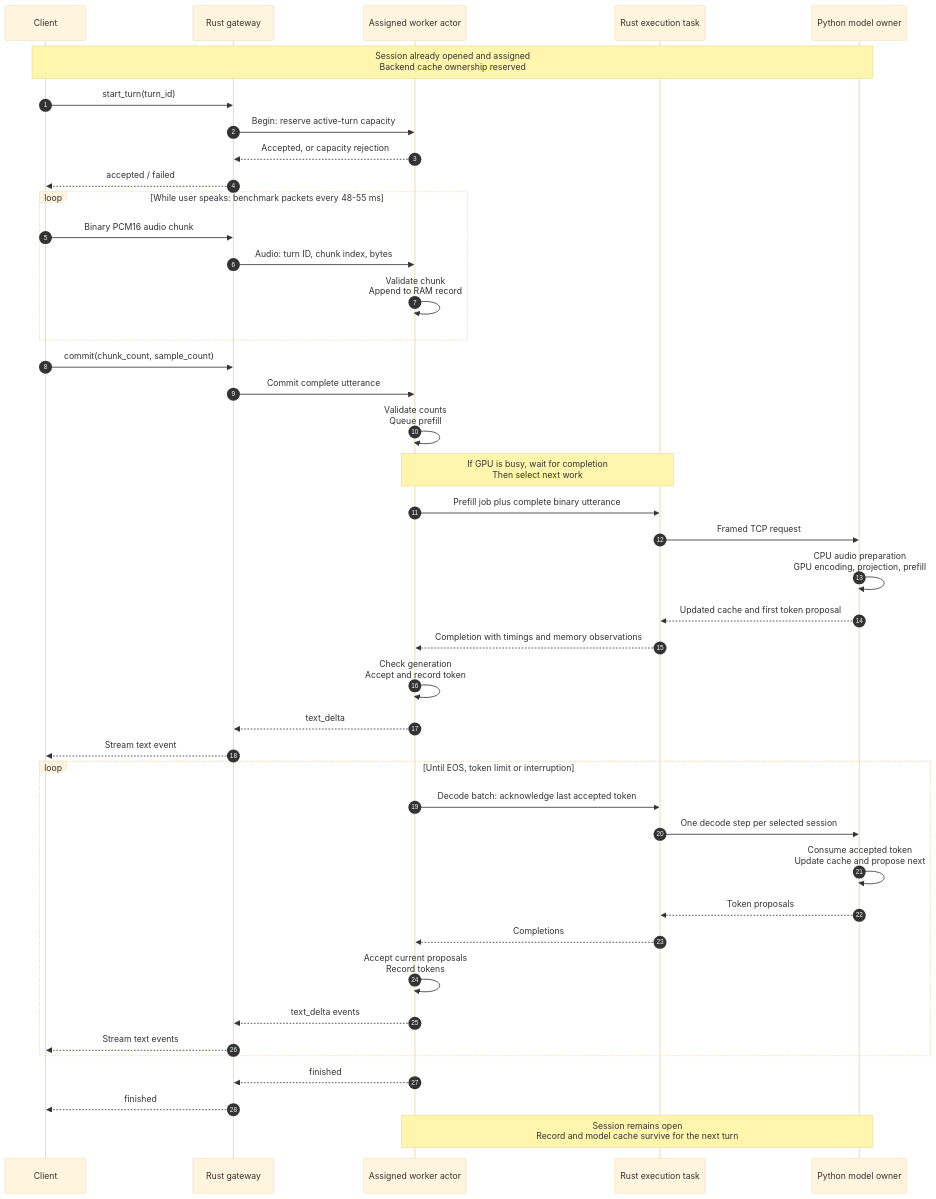
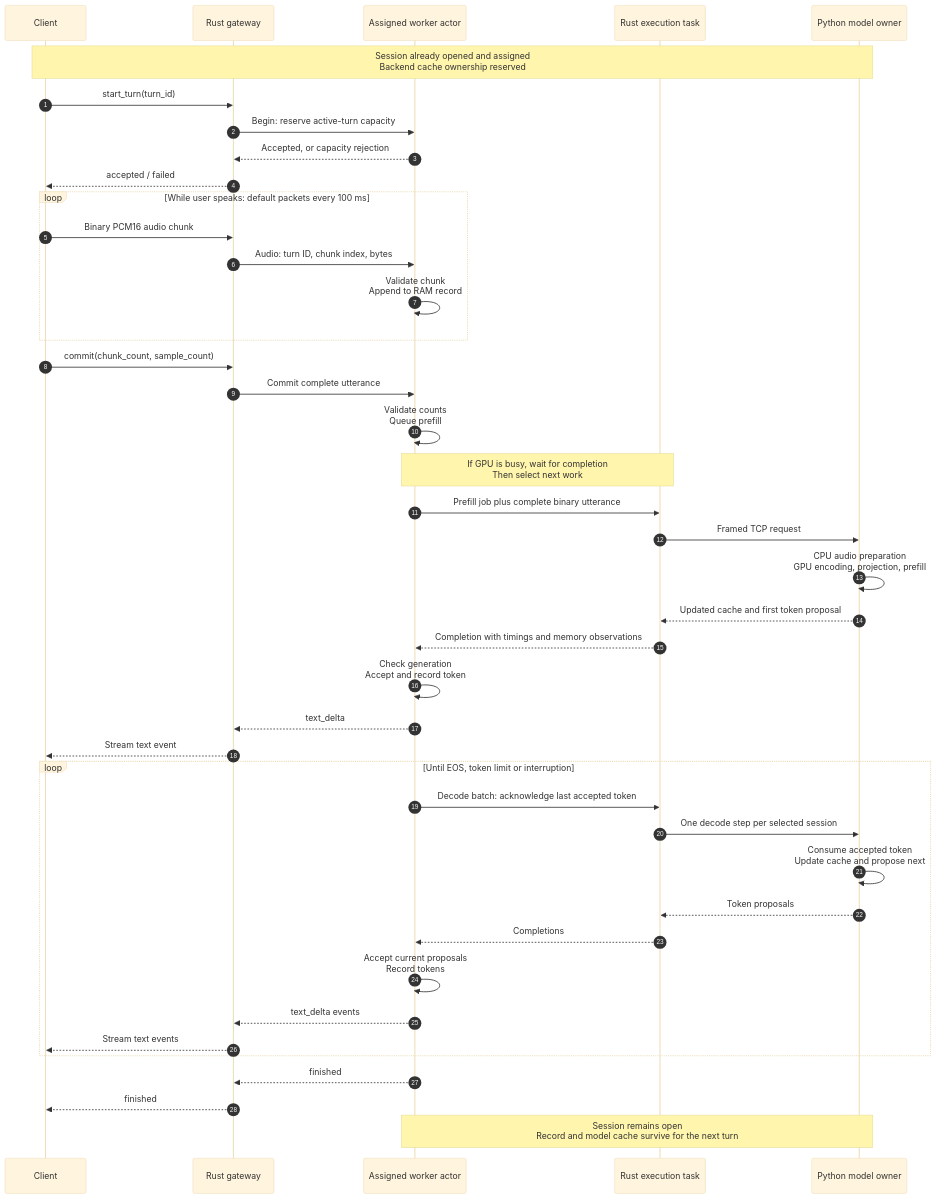
Before and after one commit to BertilBraun/rust-speech-runtime: the second of 7 diagrams in docs/ARCHITECTURE.md, drawn with Mermaid (base theme). The commit also changed other lines of this file and 11 other files, not shown here.

````diff
--- a/docs/ARCHITECTURE.md
+++ b/docs/ARCHITECTURE.md
@@ -70,45 +70,45 @@
 ```mermaid
 sequenceDiagram
     autonumber
     participant C as Client
     participant G as Rust gateway
     participant W as Assigned worker actor
     participant E as Rust execution task
     participant P as Python model owner
 
     Note over C,P: Session already opened and assigned<br/>Backend cache ownership reserved
     C->>G: start_turn(turn_id)
     G->>W: Begin: reserve active-turn capacity
     W-->>G: Accepted, or capacity rejection
     G-->>C: accepted / failed
-    loop While user speaks: benchmark packets every 48-55 ms
+    loop While user speaks: default packets every 100 ms
         C->>G: Binary PCM16 audio chunk
         G->>W: Audio: turn ID, chunk index, bytes
         W->>W: Validate chunk<br/>Append to RAM record
     end
     C->>G: commit(chunk_count, sample_count)
     G->>W: Commit complete utterance
     W->>W: Validate counts<br/>Queue prefill
     Note over W,E: If GPU is busy, wait for completion<br/>Then select next work
     W->>E: Prefill job plus complete binary utterance
     E->>P: Framed TCP request
     P->>P: CPU audio preparation<br/>GPU encoding, projection, prefill
     P-->>E: Updated cache and first token proposal
     E-->>W: Completion with timings and memory observations
     W->>W: Check generation<br/>Accept and record token
     W-->>G: text_delta
     G-->>C: Stream text event
     loop Until EOS, token limit or interruption
         W->>E: Decode batch: acknowledge last accepted token
         E->>P: One decode step per selected session
         P->>P: Consume accepted token<br/>Update cache and propose next
         P-->>E: Token proposals
         E-->>W: Completions
         W->>W: Accept current proposals<br/>Record tokens
         W-->>G: text_delta events
         G-->>C: Stream text events
     end
     W-->>G: finished
     G-->>C: finished
     Note over W,P: Session remains open<br/>Record and model cache survive for the next turn
 ```
````
